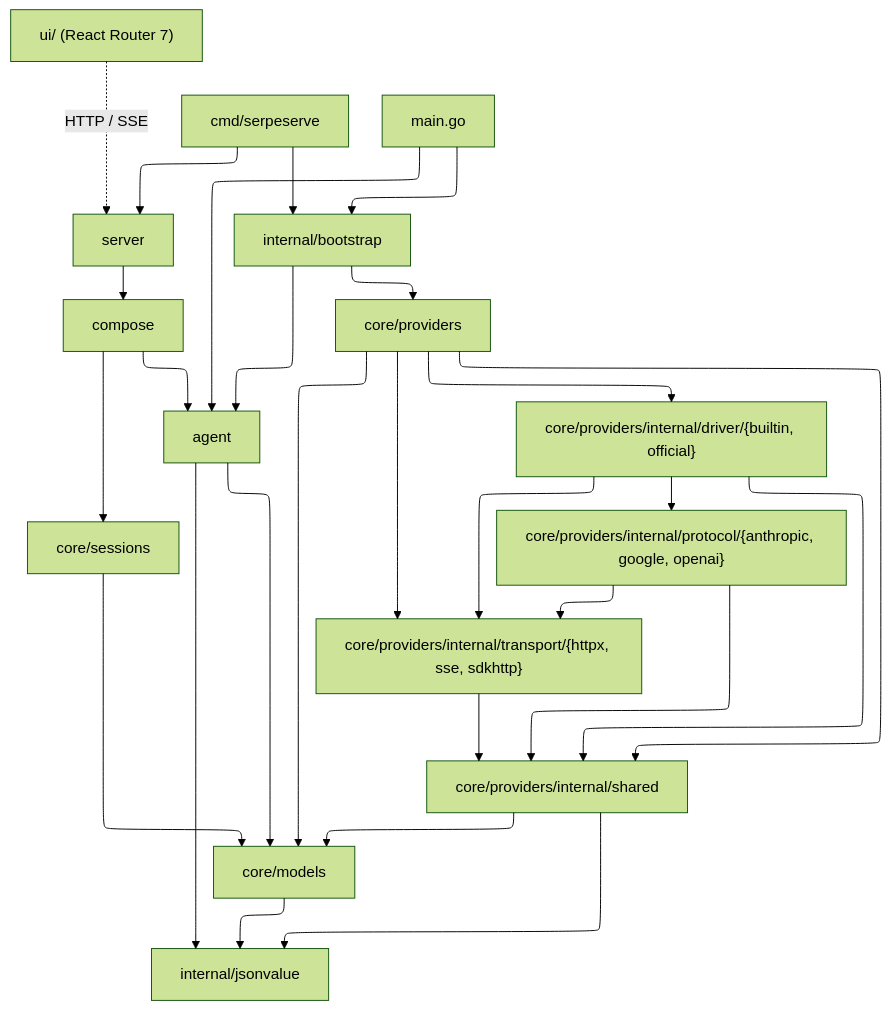
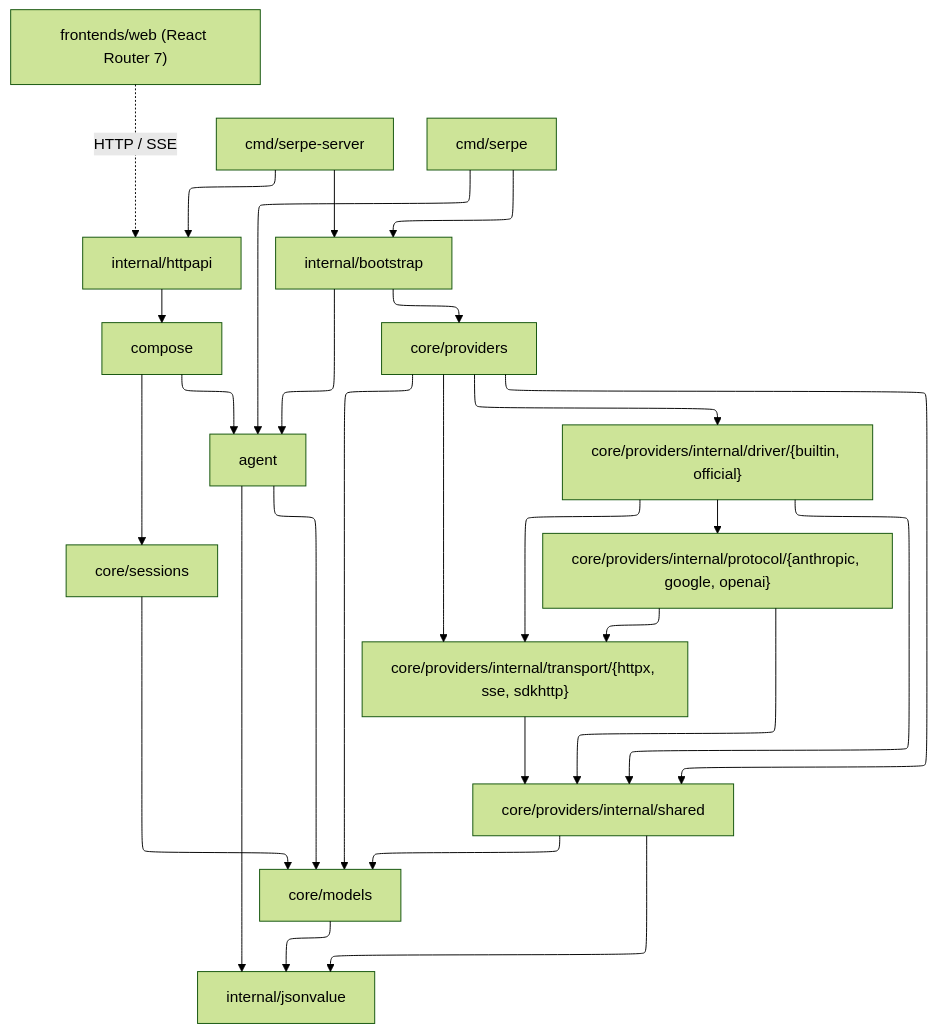
One commit to h2cone/serpe changed the diagram in README.md. Above: the diagram before and after it, drawn with Mermaid (forest theme). The commit also changed other lines of this file and 45 other files, not shown here.

````diff
--- a/README.md
+++ b/README.md
@@ -9,56 +9,56 @@
 ```mermaid
 %%{init: {"flowchart": {"defaultRenderer": "elk"}}}%%
 flowchart TB
     %% Entrypoints
-    ui["ui/ (React Router 7)"]
-    serve["cmd/serpeserve"]
-    cli["main.go"]
+    web["frontends/web (React Router 7)"]
+    serve["cmd/serpe-server"]
+    cli["cmd/serpe"]
 
     %% Application seams and runtime modules
-    server["server"]
+    httpapi["internal/httpapi"]
     compose["compose"]
     bootstrap["internal/bootstrap"]
     sessions["core/sessions"]
     agent["agent"]
     providers["core/providers"]
 
     %% Provider internals
     drivers["core/providers/internal/driver/{builtin, official}"]
     protocols["core/providers/internal/protocol/{anthropic, google, openai}"]
     transports["core/providers/internal/transport/{httpx, sse, sdkhttp}"]
     shared["core/providers/internal/shared"]
 
     %% Shared contracts and leaf utilities
     models["core/models"]
     jsonvalue["internal/jsonvalue"]
 
     cli --> bootstrap
     cli --> agent
     serve --> bootstrap
-    serve --> server
-    ui -.->|HTTP / SSE| server
+    serve --> httpapi
+    web -.->|HTTP / SSE| httpapi
 
     bootstrap --> agent
     bootstrap --> providers
-    server --> compose
+    httpapi --> compose
     compose --> agent
     compose --> sessions
 
     agent --> models
     agent --> jsonvalue
     sessions --> models
     providers --> models
     providers --> drivers
     providers --> shared
     providers --> transports
 
     drivers --> protocols
     drivers --> shared
     drivers --> transports
     protocols --> shared
     protocols --> transports
     transports --> shared
     shared --> models
     shared --> jsonvalue
     models --> jsonvalue
 ```
````
